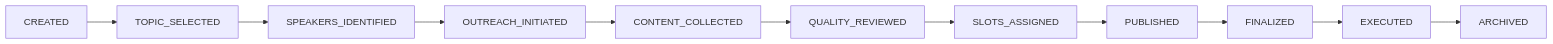
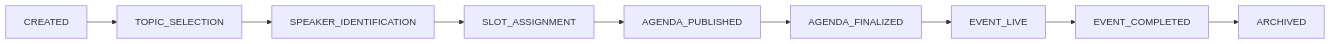
Before and after one commit to nissimbuchs/BATbern2: the diagram in docs/user-guide/entity-management/events.md, drawn with Mermaid. The commit also changed other lines of this file and 22 other files, not shown here.

First line of the commit message:
docs(user-guide): correct workflow architecture from 16-step to 3-system model

````diff
--- a/docs/user-guide/entity-management/events.md
+++ b/docs/user-guide/entity-management/events.md
@@ -137,13 +140,11 @@
 ```mermaid
 graph LR
-    A[CREATED] --> B[TOPIC_SELECTED]
-    B --> C[SPEAKERS_IDENTIFIED]
-    C --> D[OUTREACH_INITIATED]
-    D --> E[CONTENT_COLLECTED]
-    E --> F[QUALITY_REVIEWED]
-    F --> G[SLOTS_ASSIGNED]
-    G --> H[PUBLISHED]
-    H --> I[FINALIZED]
-    I --> J[EXECUTED]
-    J --> K[ARCHIVED]
+    A[CREATED] --> B[TOPIC_SELECTION]
+    B --> C[SPEAKER_IDENTIFICATION]
+    C --> D[SLOT_ASSIGNMENT]
+    D --> E[AGENDA_PUBLISHED]
+    E --> F[AGENDA_FINALIZED]
+    F --> G[EVENT_LIVE]
+    G --> H[EVENT_COMPLETED]
+    H --> I[ARCHIVED]
 ```
````
